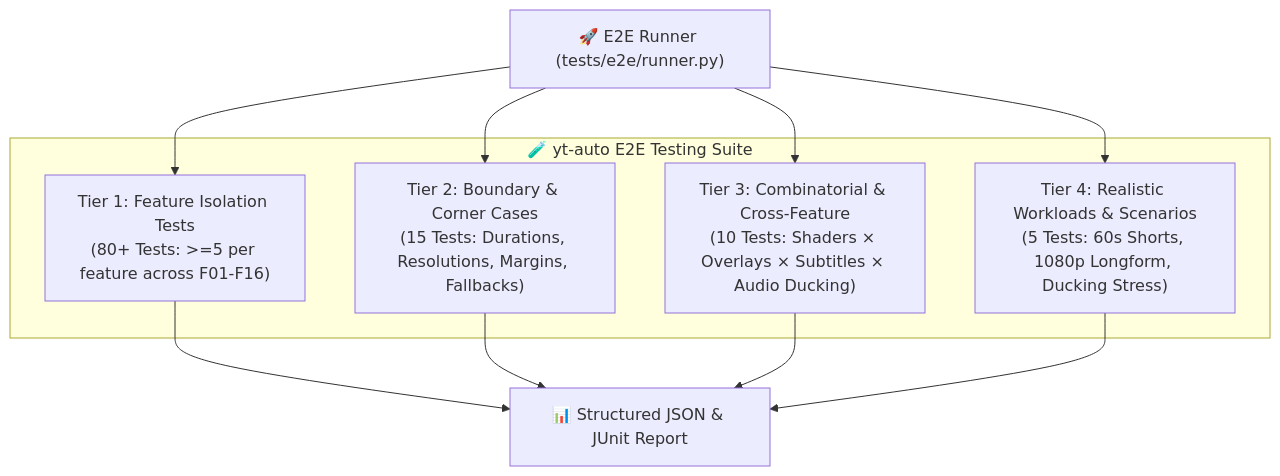
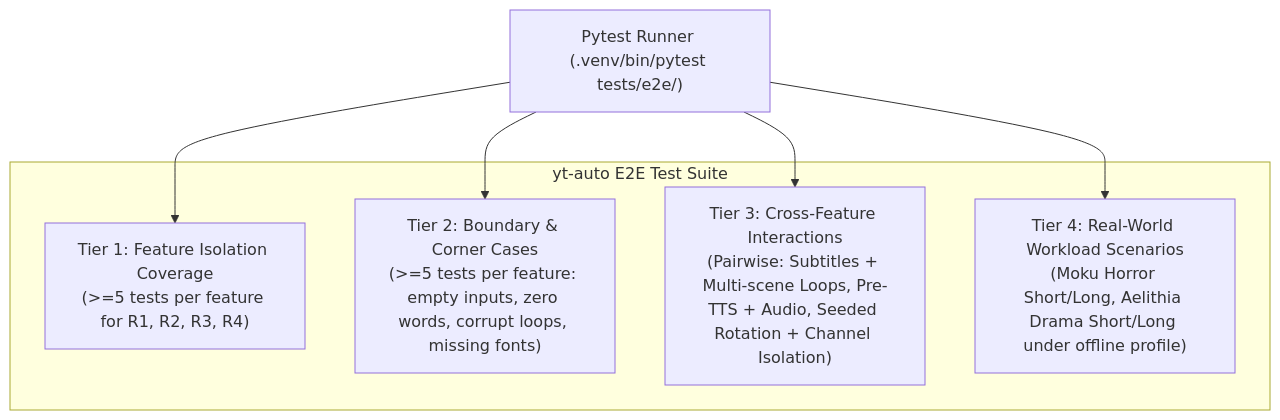
Before and after one commit to soyaelithia-ui/yt-auto: the diagram in TEST_INFRA.md, drawn with Mermaid. The commit also changed other lines of this file and 54 other files, not shown here.

````diff
--- a/TEST_INFRA.md
+++ b/TEST_INFRA.md
@@ -41,19 +18,14 @@
 ```mermaid
 graph TD
-    subgraph SUITE["🧪 yt-auto E2E Testing Suite"]
-        T1["Tier 1: Feature Isolation Tests<br/>(80+ Tests: >=5 per feature across F01-F16)"]
-        T2["Tier 2: Boundary & Corner Cases<br/>(15 Tests: Durations, Resolutions, Margins, Fallbacks)"]
-        T3["Tier 3: Combinatorial & Cross-Feature<br/>(10 Tests: Shaders × Overlays × Subtitles × Audio Ducking)"]
-        T4["Tier 4: Realistic Workloads & Scenarios<br/>(5 Tests: 60s Shorts, 1080p Longform, Ducking Stress)"]
+    subgraph SUITE["yt-auto E2E Test Suite"]
+        T1["Tier 1: Feature Isolation Coverage<br/>(>=5 tests per feature for R1, R2, R3, R4)"]
+        T2["Tier 2: Boundary & Corner Cases<br/>(>=5 tests per feature: empty inputs, zero words, corrupt loops, missing fonts)"]
+        T3["Tier 3: Cross-Feature Interactions<br/>(Pairwise: Subtitles + Multi-scene Loops, Pre-TTS + Audio, Seeded Rotation + Channel Isolation)"]
+        T4["Tier 4: Real-World Workload Scenarios<br/>(Moku Horror Short/Long, Aelithia Drama Short/Long under offline profile)"]
     end
 
-    RUNNER["🚀 E2E Runner (tests/e2e/runner.py)"] --> T1
-    RUNNER --> T2
-    RUNNER --> T3
-    RUNNER --> T4
-    
-    T1 --> REPORT["📊 Structured JSON & JUnit Report"]
-    T2 --> REPORT
-    T3 --> REPORT
-    T4 --> REPORT
+    PYTEST["Pytest Runner (.venv/bin/pytest tests/e2e/)"] --> T1
+    PYTEST --> T2
+    PYTEST --> T3
+    PYTEST --> T4
 ```
````
